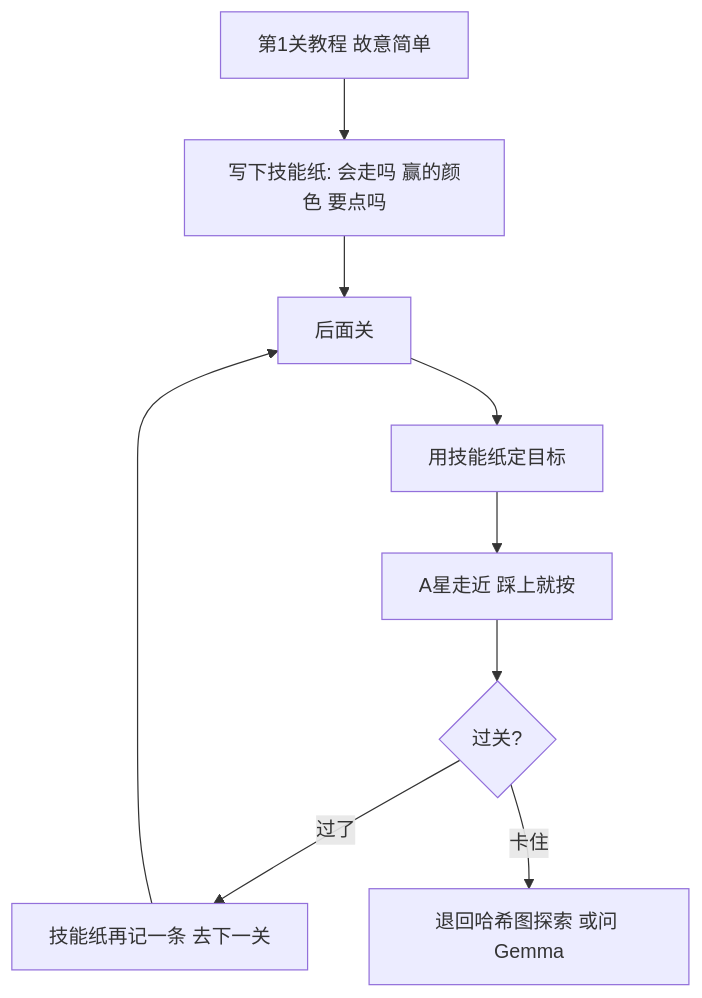
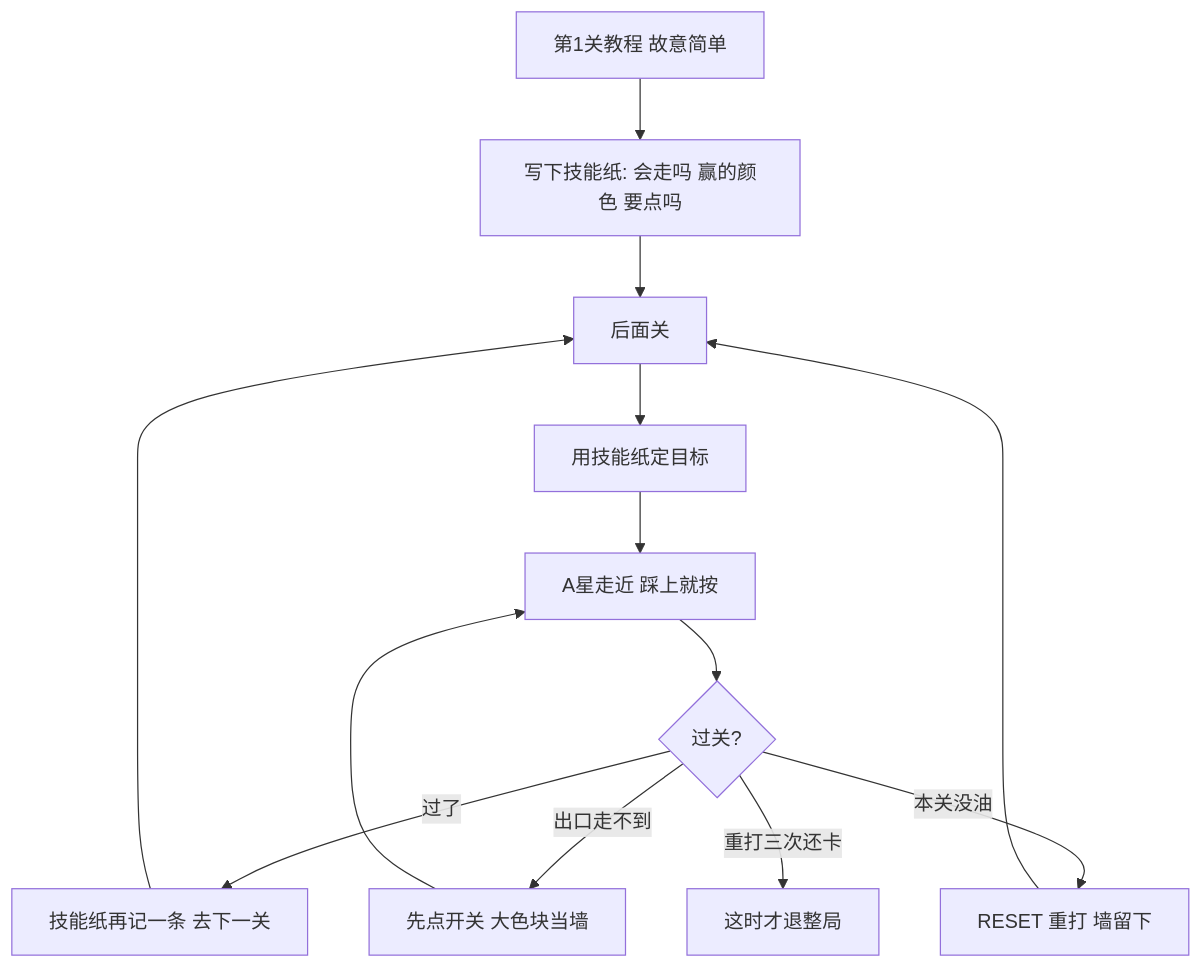
The diagram in notebooks/v06-chutianqiu-arc-agi-3/DESIGN.md (xiaoqianran/kaggle-lab), drawn with Mermaid before and after one commit. The commit also changed other lines of this file and 6 other files, not shown here.

````diff
--- a/notebooks/v06-chutianqiu-arc-agi-3/DESIGN.md
+++ b/notebooks/v06-chutianqiu-arc-agi-3/DESIGN.md
@@ -28,11 +29,15 @@
 ```mermaid
 flowchart TD
     T[第1关教程 故意简单] --> H[写下技能纸: 会走吗 赢的颜色 要点吗]
     H --> L[后面关]
     L --> G[用技能纸定目标]
     G --> P[A星走近 踩上就按]
     P --> W{过关?}
     W -->|过了| S[技能纸再记一条 去下一关]
-    W -->|卡住| X[退回哈希图探索 或问 Gemma]
+    W -->|出口走不到| C[先点开关 大色块当墙]
+    C --> P
+    W -->|本关没油| R[RESET 重打 墙留下]
+    R --> L
+    W -->|重打三次还卡| X[这时才退整局]
     S --> L
 ```
````
